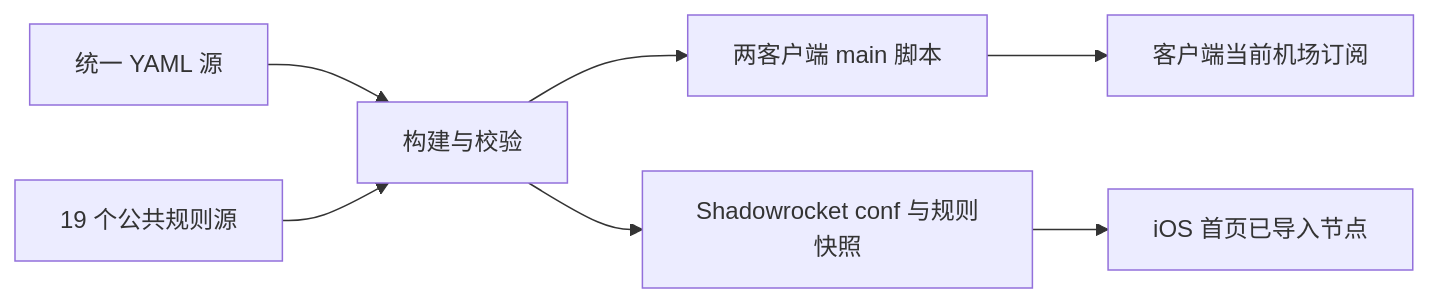
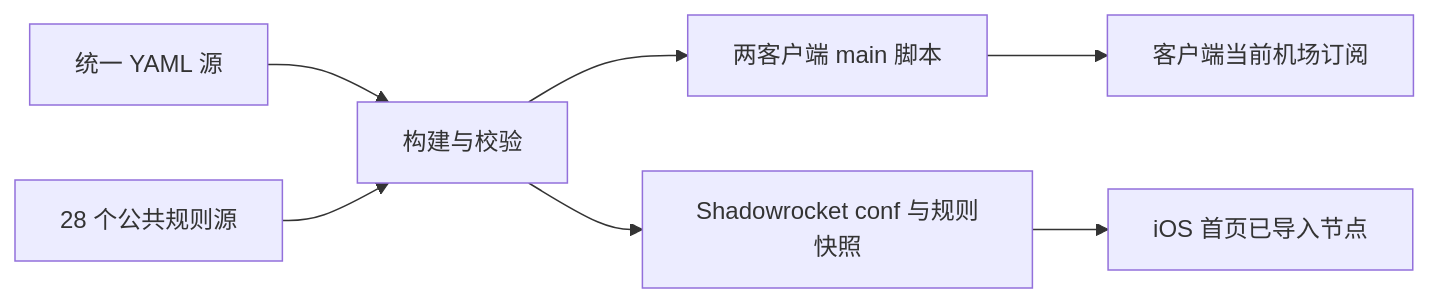
The diagram in README.md (jay-183/mihomo-unified-routing), drawn with Mermaid before and after one commit. The commit also changed other lines of this file and 75 other files, not shown here.

````diff
--- a/README.md
+++ b/README.md
@@ -27,9 +28,9 @@
 ```mermaid
 flowchart LR
   S[统一 YAML 源] --> B[构建与校验]
-  P[19 个公共规则源] --> B
+  P[28 个公共规则源] --> B
   B --> M[两客户端 main 脚本]
   B --> I[Shadowrocket conf 与规则快照]
   M --> C[客户端当前机场订阅]
   I --> N[iOS 首页已导入节点]
 ```
````
